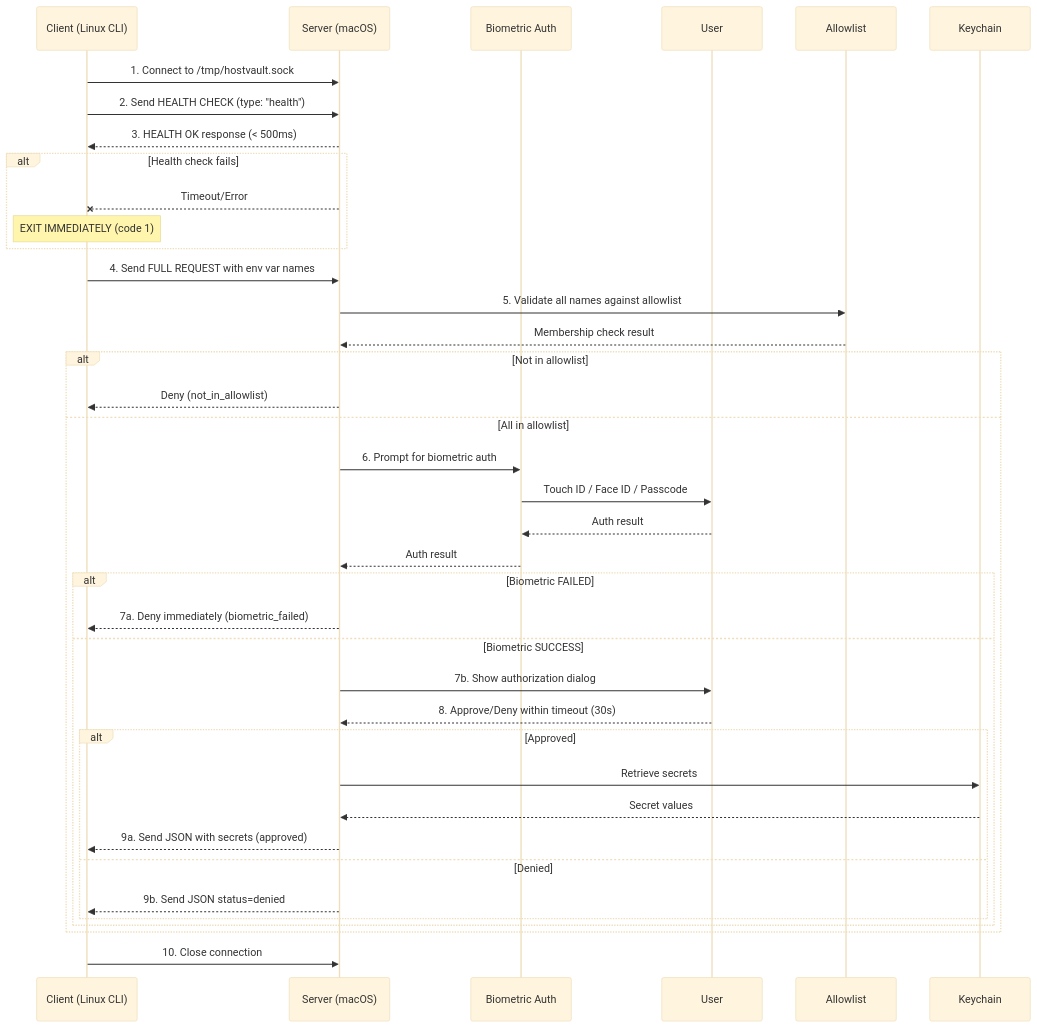
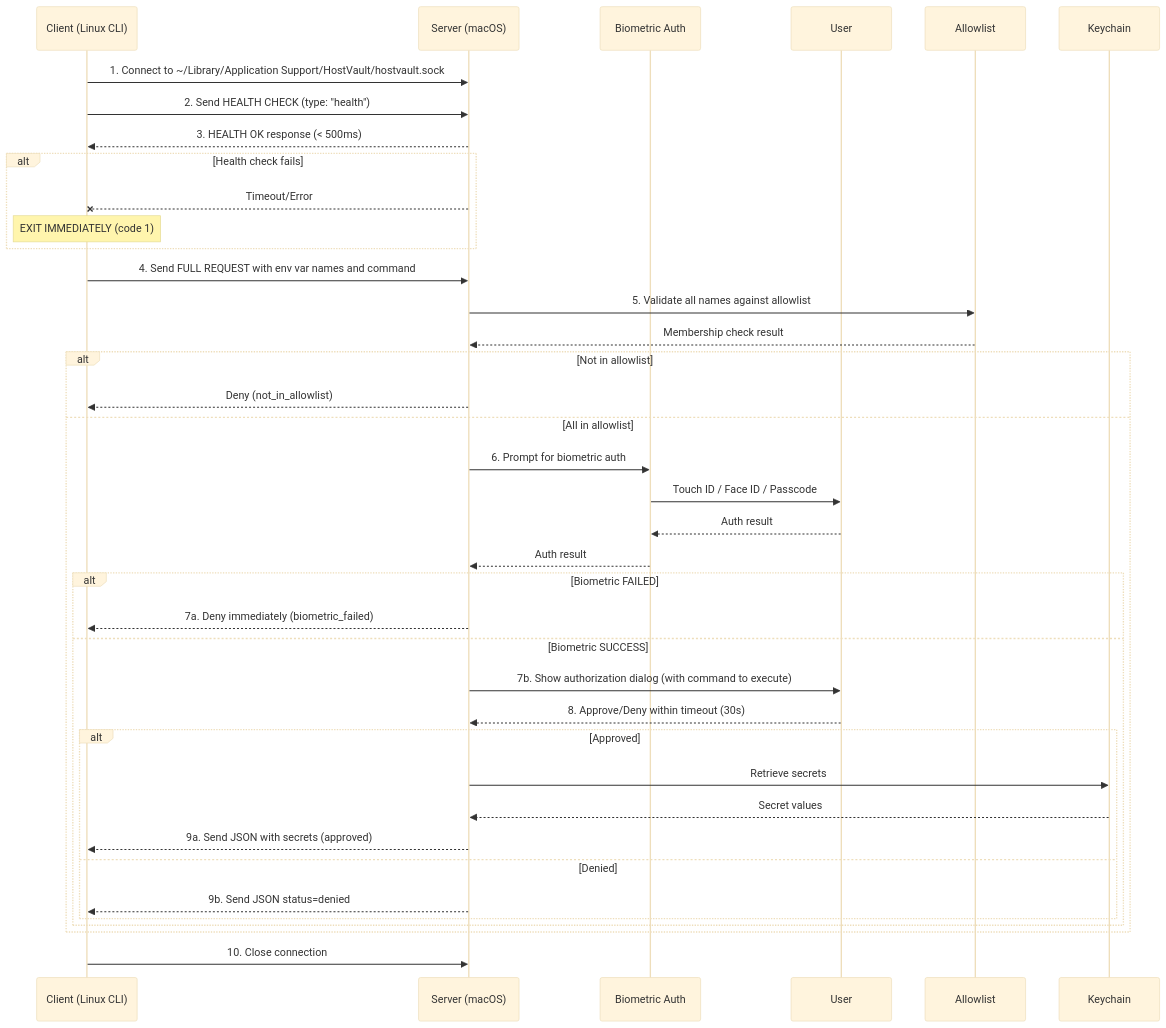
Before and after one commit to notwillk/thoughts: the second of 2 diagrams in prds/hostvault/PRD.md, drawn with Mermaid (base theme). The commit also changed other lines of this file, not shown here.

````diff
--- a/prds/hostvault/PRD.md
+++ b/prds/hostvault/PRD.md
@@ -235,49 +239,49 @@
 ```mermaid
 sequenceDiagram
     participant Client as Client (Linux CLI)
     participant Server as Server (macOS)
     participant BioAuth as Biometric Auth
     participant User as User
     participant Allowlist as Allowlist
     participant Keychain as Keychain
 
-    Client->>Server: 1. Connect to /tmp/hostvault.sock
+    Client->>Server: 1. Connect to ~/Library/Application Support/HostVault/hostvault.sock
     Client->>Server: 2. Send HEALTH CHECK (type: "health")
     Server-->>Client: 3. HEALTH OK response (< 500ms)
 
     alt Health check fails
         Server--xClient: Timeout/Error
         Note over Client: EXIT IMMEDIATELY (code 1)
     end
 
-    Client->>Server: 4. Send FULL REQUEST with env var names
+    Client->>Server: 4. Send FULL REQUEST with env var names and command
 
     Server->>Allowlist: 5. Validate all names against allowlist
     Allowlist-->>Server: Membership check result
 
     alt Not in allowlist
         Server-->>Client: Deny (not_in_allowlist)
     else All in allowlist
         Server->>BioAuth: 6. Prompt for biometric auth
         BioAuth->>User: Touch ID / Face ID / Passcode
         User-->>BioAuth: Auth result
         BioAuth-->>Server: Auth result
 
         alt Biometric FAILED
             Server-->>Client: 7a. Deny immediately (biometric_failed)
         else Biometric SUCCESS
-            Server->>User: 7b. Show authorization dialog
+            Server->>User: 7b. Show authorization dialog (with command to execute)
             User-->>Server: 8. Approve/Deny within timeout (30s)
 
             alt Approved
                 Server->>Keychain: Retrieve secrets
                 Keychain-->>Server: Secret values
                 Server-->>Client: 9a. Send JSON with secrets (approved)
             else Denied
                 Server-->>Client: 9b. Send JSON status=denied
             end
         end
     end
 
     Client->>Server: 10. Close connection
 ```
````
